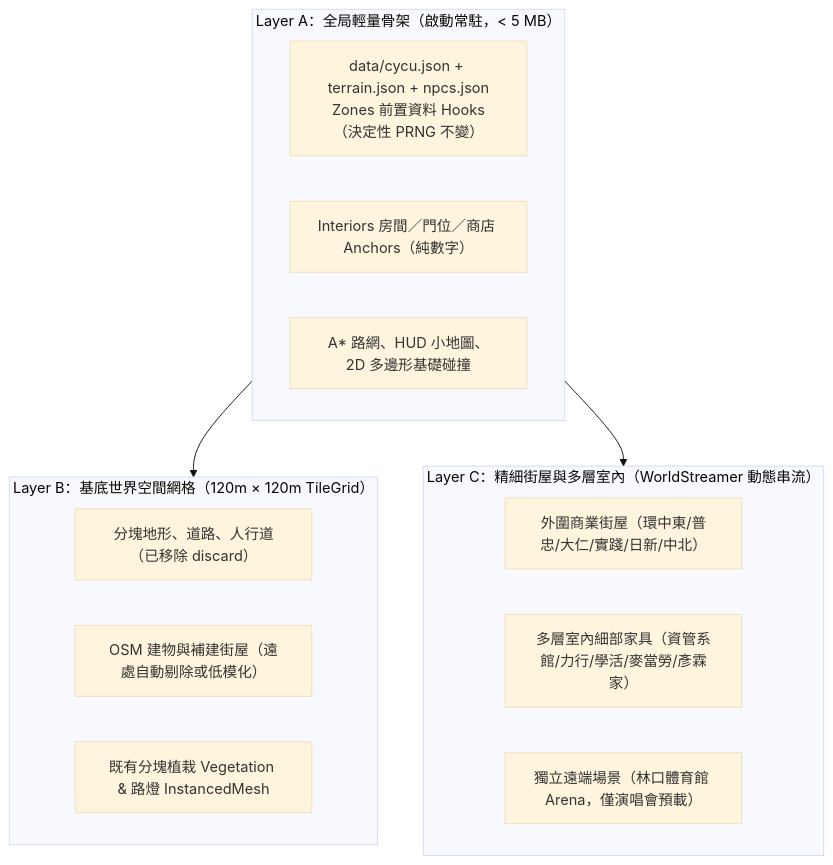
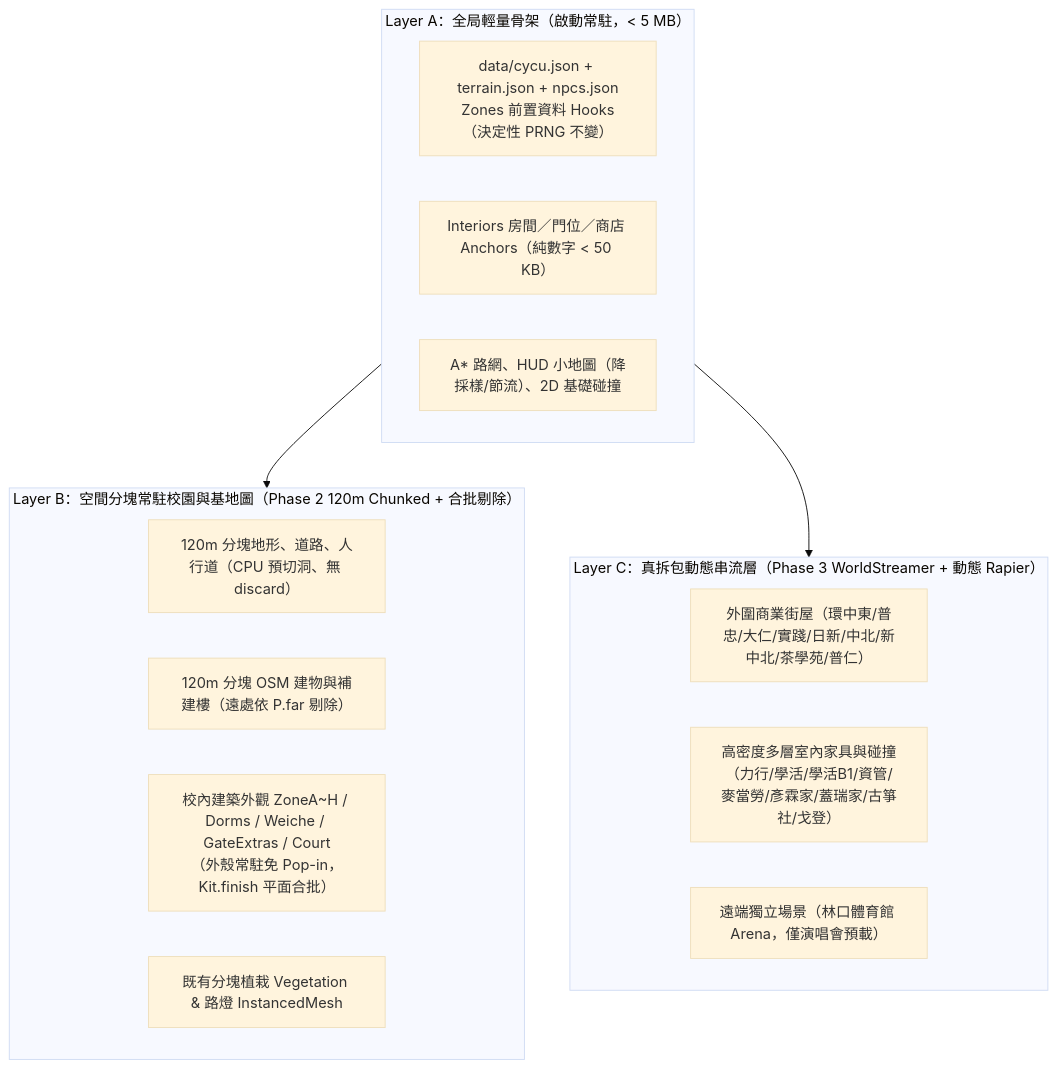
One commit to howardtuan/YanlinGTA changed the diagram in perf-refactor/specs/00-master-architecture.md. Above: the diagram before and after it, drawn with Mermaid (base theme). The commit also changed other lines of this file and 11 other files, not shown here.

````diff
--- a/perf-refactor/specs/00-master-architecture.md
+++ b/perf-refactor/specs/00-master-architecture.md
@@ -45,23 +41,24 @@
 ```mermaid
 flowchart TD
     subgraph L1["Layer A：全局輕量骨架（啟動常駐，< 5 MB）"]
         Data["data/cycu.json + terrain.json + npcs.json<br/>Zones 前置資料 Hooks（決定性 PRNG 不變）"]
-        Anchors["Interiors 房間／門位／商店 Anchors（純數字）"]
-        Nav["A* 路網、HUD 小地圖、2D 多邊形基礎碰撞"]
+        Anchors["Interiors 房間／門位／商店 Anchors（純數字 < 50 KB）"]
+        Nav["A* 路網、HUD 小地圖（降採樣/節流）、2D 基礎碰撞"]
     end
 
-    subgraph L2["Layer B：基底世界空間網格（120m × 120m TileGrid）"]
-        Terrain["分塊地形、道路、人行道（已移除 discard）"]
-        OSM["OSM 建物與補建街屋（遠處自動剔除或低模化）"]
+    subgraph L2["Layer B：空間分塊常駐校園與基地圖（Phase 2 120m Chunked + 合批剔除）"]
+        Terrain["120m 分塊地形、道路、人行道（CPU 預切洞、無 discard）"]
+        OSM["120m 分塊 OSM 建物與補建樓（遠處依 P.far 剔除）"]
+        CampusShell["校內建築外觀 ZoneA~H / Dorms / Weiche / GateExtras / Court<br/>（外殼常駐免 Pop-in，Kit.finish 平面合批）"]
         Veg["既有分塊植栽 Vegetation & 路燈 InstancedMesh"]
     end
 
-    subgraph L3["Layer C：精細街屋與多層室內（WorldStreamer 動態串流）"]
-        Streets["外圍商業街屋（環中東/普忠/大仁/實踐/日新/中北）"]
-        Interiors["多層室內細部家具（資管系館/力行/學活/麥當勞/彥霖家）"]
-        Special["獨立遠端場景（林口體育館 Arena，僅演唱會預載）"]
+    subgraph L3["Layer C：真拆包動態串流層（Phase 3 WorldStreamer + 動態 Rapier）"]
+        Streets["外圍商業街屋（環中東/普忠/大仁/實踐/日新/中北/新中北/茶學苑/普仁）"]
+        Interiors["高密度多層室內家具與碰撞（力行/學活/學活B1/資管/麥當勞/彥霖家/蓋瑞家/古箏社/戈登）"]
+        Special["遠端獨立場景（林口體育館 Arena，僅演唱會預載）"]
     end
 
     L1 --> L2
     L1 --> L3
 ```
````
